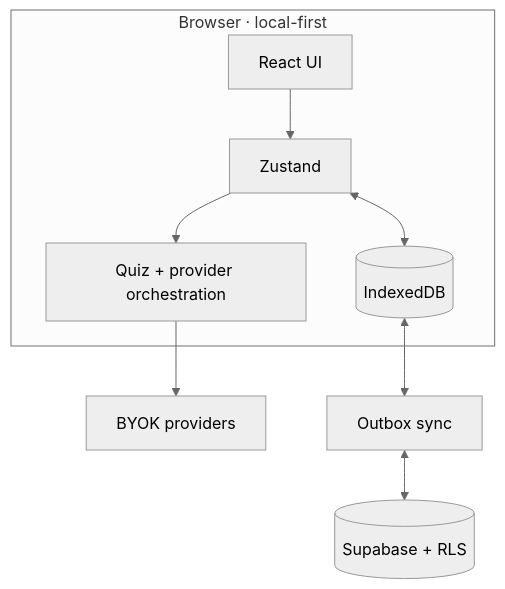
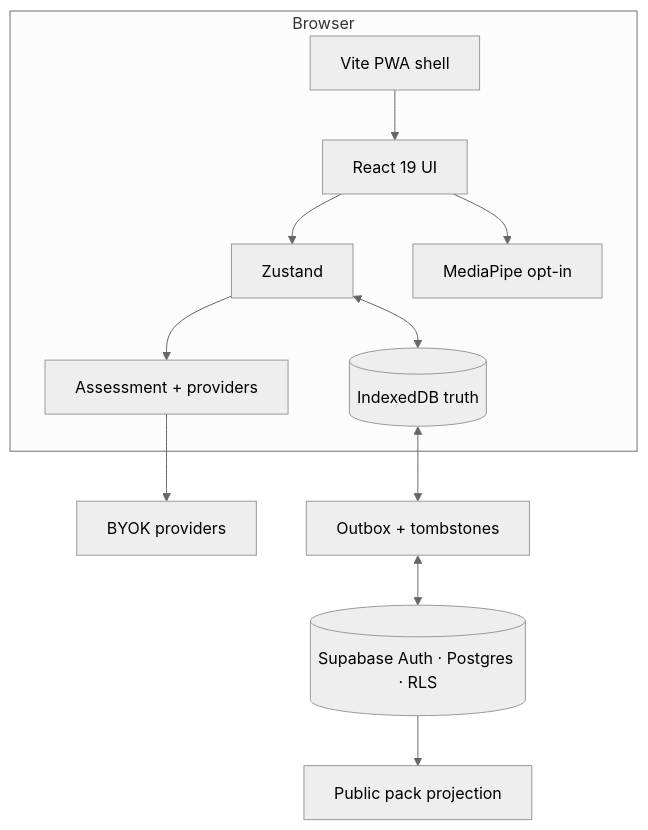
Before and after one commit to SeraKah-1/noodl: the fourth of 4 diagrams in README.md, drawn with Mermaid (neutral theme). The commit also changed other lines of this file, not shown here.

````diff
--- a/README.md
+++ b/README.md
@@ -133,14 +238,19 @@
 ```mermaid
 flowchart TB
-    subgraph Browser["Browser · local-first"]
-        UI["React UI"]
+    subgraph Browser["Browser"]
+        UI["React 19 UI"]
         STORE["Zustand"]
-        ORCH["Quiz + provider orchestration"]
-        IDB[("IndexedDB")]
+        ORCH["Assessment + providers"]
+        IDB[("IndexedDB truth")]
+        VISION["MediaPipe opt-in"]
+        PWA["Vite PWA shell"]
         UI --> STORE --> ORCH
         STORE <--> IDB
+        UI --> VISION
+        PWA --> UI
     end
-    ORCH --> PROVIDERS["BYOK providers"]
-    IDB <--> SYNC["Outbox sync"]
-    SYNC <--> SUPA[("Supabase + RLS")]
+    ORCH --> BYOK["BYOK providers"]
+    IDB <--> OUT["Outbox + tombstones"]
+    OUT <--> SUPA[("Supabase Auth · Postgres · RLS")]
+    SUPA --> PUB["Public pack projection"]
 ```
````
